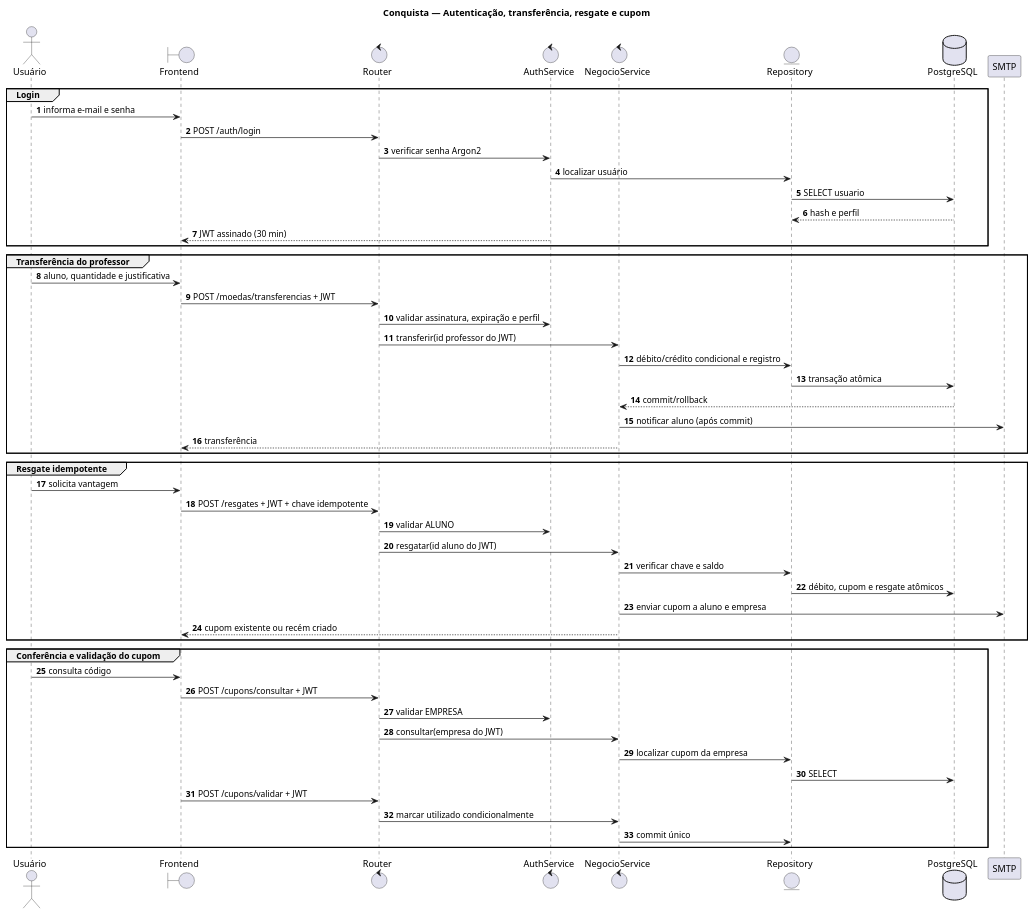
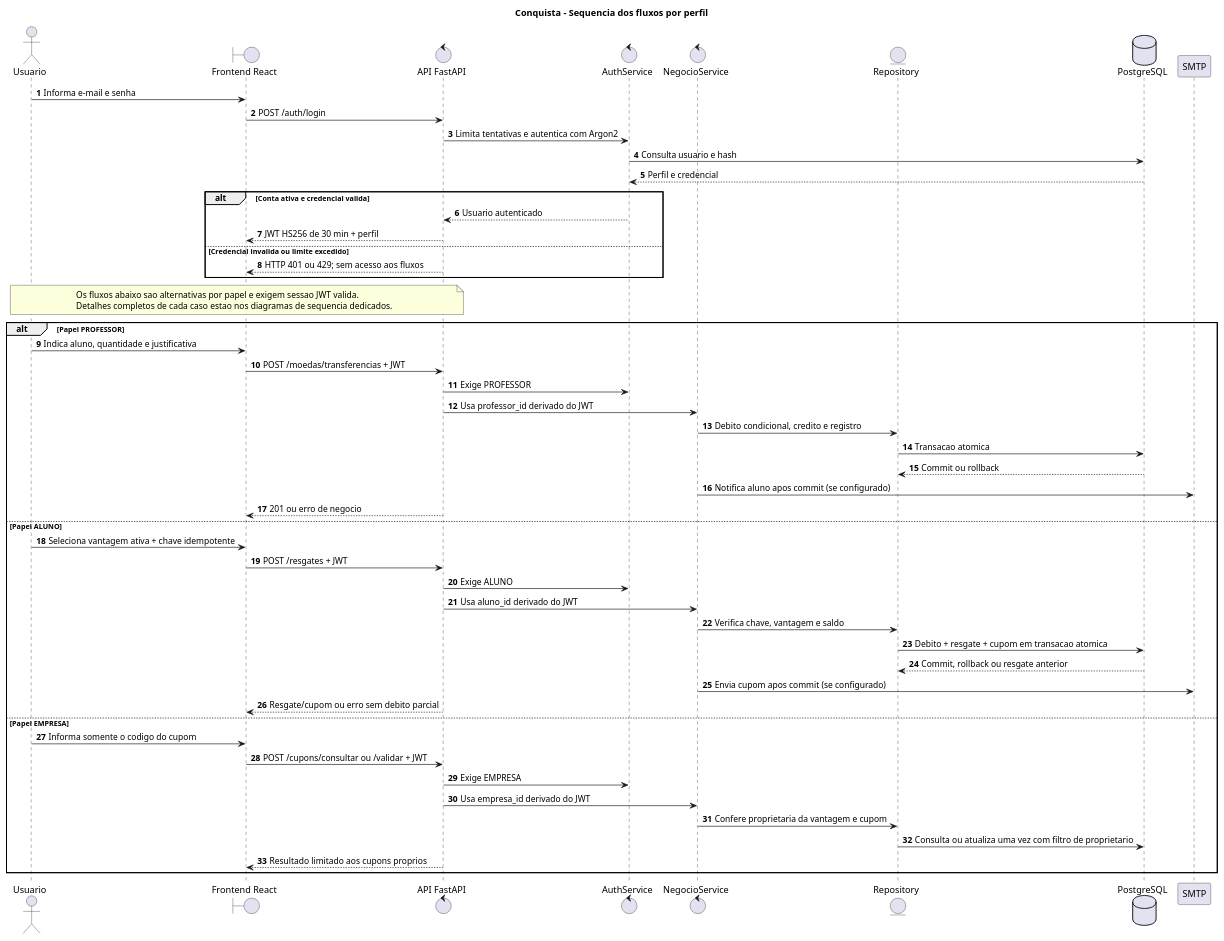
One commit to gusLeonardi/moeda-estudantil changed the diagram in docs/modelagem/lab04-sequencias.puml. Above: the diagram before and after it, drawn with PlantUML. The commit also changed 58 other files, not shown here.

Commit message:
feat: complete Lab04 authentication, authorization and UML diagrams

```diff
--- a/docs/modelagem/lab04-sequencias.puml
+++ b/docs/modelagem/lab04-sequencias.puml
@@ -1,53 +1,59 @@
 @startuml
-title Conquista — Autenticação, transferência, resgate e cupom
+title Conquista - Sequencia dos fluxos por perfil
 autonumber
-actor Usuário
-boundary Frontend
-control Router
+actor Usuario
+boundary "Frontend React" as UI
+control "API FastAPI" as API
 control AuthService
 control NegocioService
 entity Repository
-database PostgreSQL
+database PostgreSQL as DB
 participant SMTP
-group Login
-Usuário -> Frontend: informa e-mail e senha
-Frontend -> Router: POST /auth/login
-Router -> AuthService: verificar senha Argon2
-AuthService -> Repository: localizar usuário
-Repository -> PostgreSQL: SELECT usuario
-PostgreSQL --> Repository: hash e perfil
-AuthService --> Frontend: JWT assinado (30 min)
+
+Usuario -> UI: Informa e-mail e senha
+UI -> API: POST /auth/login
+API -> AuthService: Limita tentativas e autentica com Argon2
+AuthService -> DB: Consulta usuario e hash
+DB --> AuthService: Perfil e credencial
+alt Conta ativa e credencial valida
+  AuthService --> API: Usuario autenticado
+  API --> UI: JWT HS256 de 30 min + perfil
+else Credencial invalida ou limite excedido
+  API --> UI: HTTP 401 ou 429; sem acesso aos fluxos
 end
-group Transferência do professor
-Usuário -> Frontend: aluno, quantidade e justificativa
-Frontend -> Router: POST /moedas/transferencias + JWT
-Router -> AuthService: validar assinatura, expiração e perfil
-Router -> NegocioService: transferir(id professor do JWT)
-NegocioService -> Repository: débito/crédito condicional e registro
-Repository -> PostgreSQL: transação atômica
-PostgreSQL --> NegocioService: commit/rollback
-NegocioService -> SMTP: notificar aluno (após commit)
-NegocioService --> Frontend: transferência
-end
-group Resgate idempotente
-Usuário -> Frontend: solicita vantagem
-Frontend -> Router: POST /resgates + JWT + chave idempotente
-Router -> AuthService: validar ALUNO
-Router -> NegocioService: resgatar(id aluno do JWT)
-NegocioService -> Repository: verificar chave e saldo
-Repository -> PostgreSQL: débito, cupom e resgate atômicos
-NegocioService -> SMTP: enviar cupom a aluno e empresa
-NegocioService --> Frontend: cupom existente ou recém criado
-end
-group Conferência e validação do cupom
-Usuário -> Frontend: consulta código
-Frontend -> Router: POST /cupons/consultar + JWT
-Router -> AuthService: validar EMPRESA
-Router -> NegocioService: consultar(empresa do JWT)
-NegocioService -> Repository: localizar cupom da empresa
-Repository -> PostgreSQL: SELECT
-Frontend -> Router: POST /cupons/validar + JWT
-Router -> NegocioService: marcar utilizado condicionalmente
-NegocioService -> Repository: commit único
+
+note over Usuario,API
+  Os fluxos abaixo sao alternativas por papel e exigem sessao JWT valida.
+  Detalhes completos de cada caso estao nos diagramas de sequencia dedicados.
+end note
+
+alt Papel PROFESSOR
+  Usuario -> UI: Indica aluno, quantidade e justificativa
+  UI -> API: POST /moedas/transferencias + JWT
+  API -> AuthService: Exige PROFESSOR
+  API -> NegocioService: Usa professor_id derivado do JWT
+  NegocioService -> Repository: Debito condicional, credito e registro
+  Repository -> DB: Transacao atomica
+  DB --> Repository: Commit ou rollback
+  NegocioService -> SMTP: Notifica aluno apos commit (se configurado)
+  API --> UI: 201 ou erro de negocio
+else Papel ALUNO
+  Usuario -> UI: Seleciona vantagem ativa + chave idempotente
+  UI -> API: POST /resgates + JWT
+  API -> AuthService: Exige ALUNO
+  API -> NegocioService: Usa aluno_id derivado do JWT
+  NegocioService -> Repository: Verifica chave, vantagem e saldo
+  Repository -> DB: Debito + resgate + cupom em transacao atomica
+  DB --> Repository: Commit, rollback ou resgate anterior
+  NegocioService -> SMTP: Envia cupom apos commit (se configurado)
+  API --> UI: Resgate/cupom ou erro sem debito parcial
+else Papel EMPRESA
+  Usuario -> UI: Informa somente o codigo do cupom
+  UI -> API: POST /cupons/consultar ou /validar + JWT
+  API -> AuthService: Exige EMPRESA
+  API -> NegocioService: Usa empresa_id derivado do JWT
+  NegocioService -> Repository: Confere proprietaria da vantagem e cupom
+  Repository -> DB: Consulta ou atualiza uma vez com filtro de proprietario
+  API --> UI: Resultado limitado aos cupons proprios
 end
 @enduml
```
